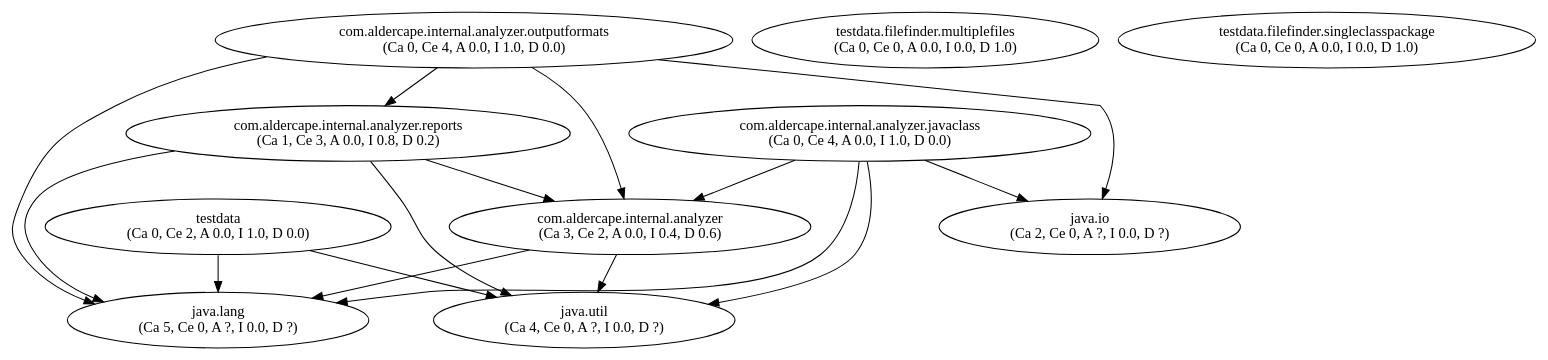
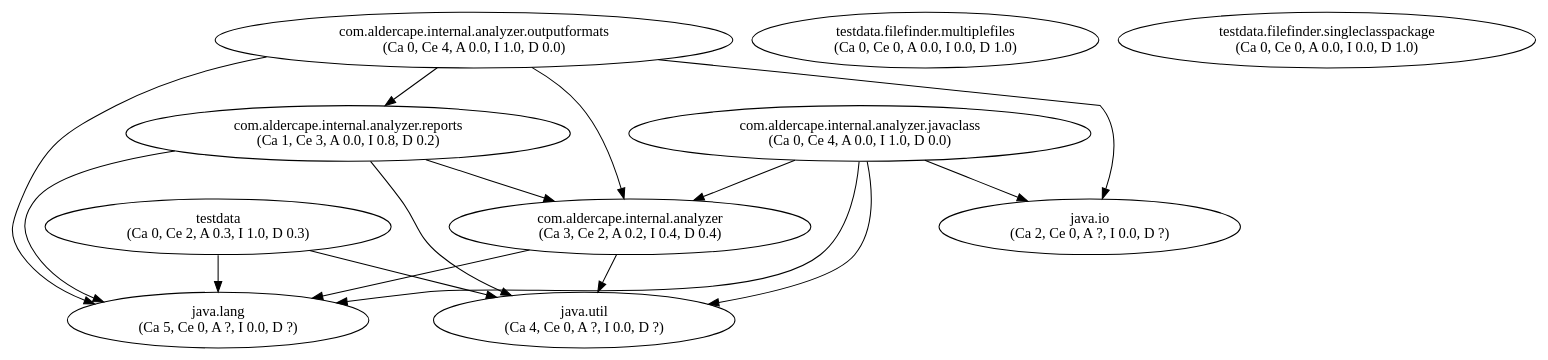
Before and after one commit to AlderCape/Analyzer: the diagram in project.dot, drawn with Graphviz. The commit also changed 5 other files, not shown here.

```diff
--- a/project.dot
+++ b/project.dot
@@ -1,27 +1,27 @@
 digraph G {
-"com.aldercape.internal.analyzer" [label="com.aldercape.internal.analyzer\n(Ca 3, Ce 2, A 0.0, I 0.4, D 0.6)"];
+"com.aldercape.internal.analyzer" [label="com.aldercape.internal.analyzer\n(Ca 3, Ce 2, A 0.2, I 0.4, D 0.4)"];
 "com.aldercape.internal.analyzer.javaclass" [label="com.aldercape.internal.analyzer.javaclass\n(Ca 0, Ce 4, A 0.0, I 1.0, D 0.0)"];
 "com.aldercape.internal.analyzer.outputformats" [label="com.aldercape.internal.analyzer.outputformats\n(Ca 0, Ce 4, A 0.0, I 1.0, D 0.0)"];
 "com.aldercape.internal.analyzer.reports" [label="com.aldercape.internal.analyzer.reports\n(Ca 1, Ce 3, A 0.0, I 0.8, D 0.2)"];
 "java.io" [label="java.io\n(Ca 2, Ce 0, A ?, I 0.0, D ?)"];
 "java.lang" [label="java.lang\n(Ca 5, Ce 0, A ?, I 0.0, D ?)"];
 "java.util" [label="java.util\n(Ca 4, Ce 0, A ?, I 0.0, D ?)"];
-"testdata" [label="testdata\n(Ca 0, Ce 2, A 0.0, I 1.0, D 0.0)"];
+"testdata" [label="testdata\n(Ca 0, Ce 2, A 0.3, I 1.0, D 0.3)"];
 "testdata.filefinder.multiplefiles" [label="testdata.filefinder.multiplefiles\n(Ca 0, Ce 0, A 0.0, I 0.0, D 1.0)"];
 "testdata.filefinder.singleclasspackage" [label="testdata.filefinder.singleclasspackage\n(Ca 0, Ce 0, A 0.0, I 0.0, D 1.0)"];
 "com.aldercape.internal.analyzer" -> "java.lang";
 "com.aldercape.internal.analyzer" -> "java.util";
 "com.aldercape.internal.analyzer.javaclass" -> "com.aldercape.internal.analyzer";
 "com.aldercape.internal.analyzer.javaclass" -> "java.io";
 "com.aldercape.internal.analyzer.javaclass" -> "java.lang";
 "com.aldercape.internal.analyzer.javaclass" -> "java.util";
 "com.aldercape.internal.analyzer.outputformats" -> "com.aldercape.internal.analyzer";
 "com.aldercape.internal.analyzer.outputformats" -> "com.aldercape.internal.analyzer.reports";
 "com.aldercape.internal.analyzer.outputformats" -> "java.io";
 "com.aldercape.internal.analyzer.outputformats" -> "java.lang";
 "com.aldercape.internal.analyzer.reports" -> "com.aldercape.internal.analyzer";
 "com.aldercape.internal.analyzer.reports" -> "java.lang";
 "com.aldercape.internal.analyzer.reports" -> "java.util";
 "testdata" -> "java.lang";
 "testdata" -> "java.util";
 }
```
